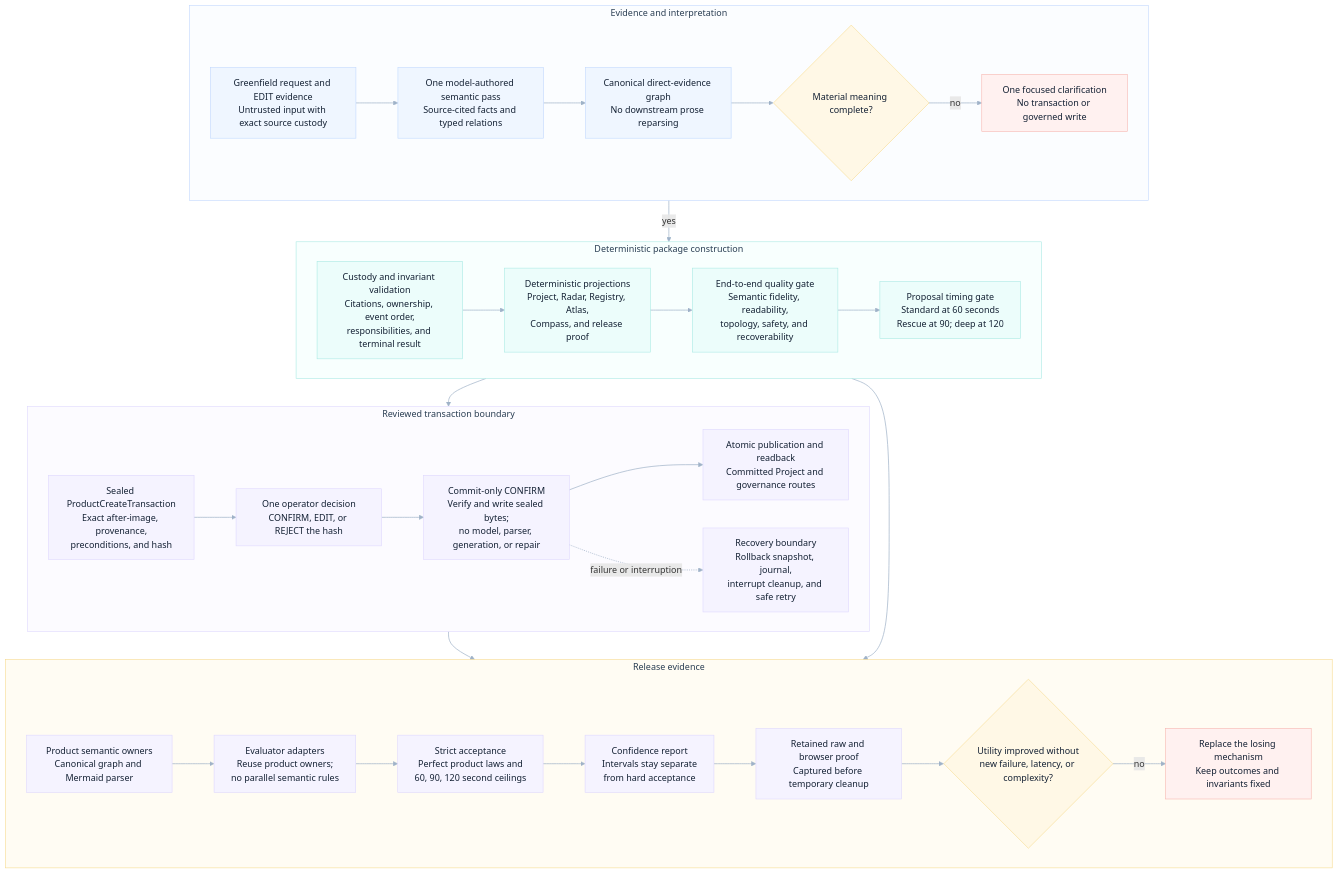
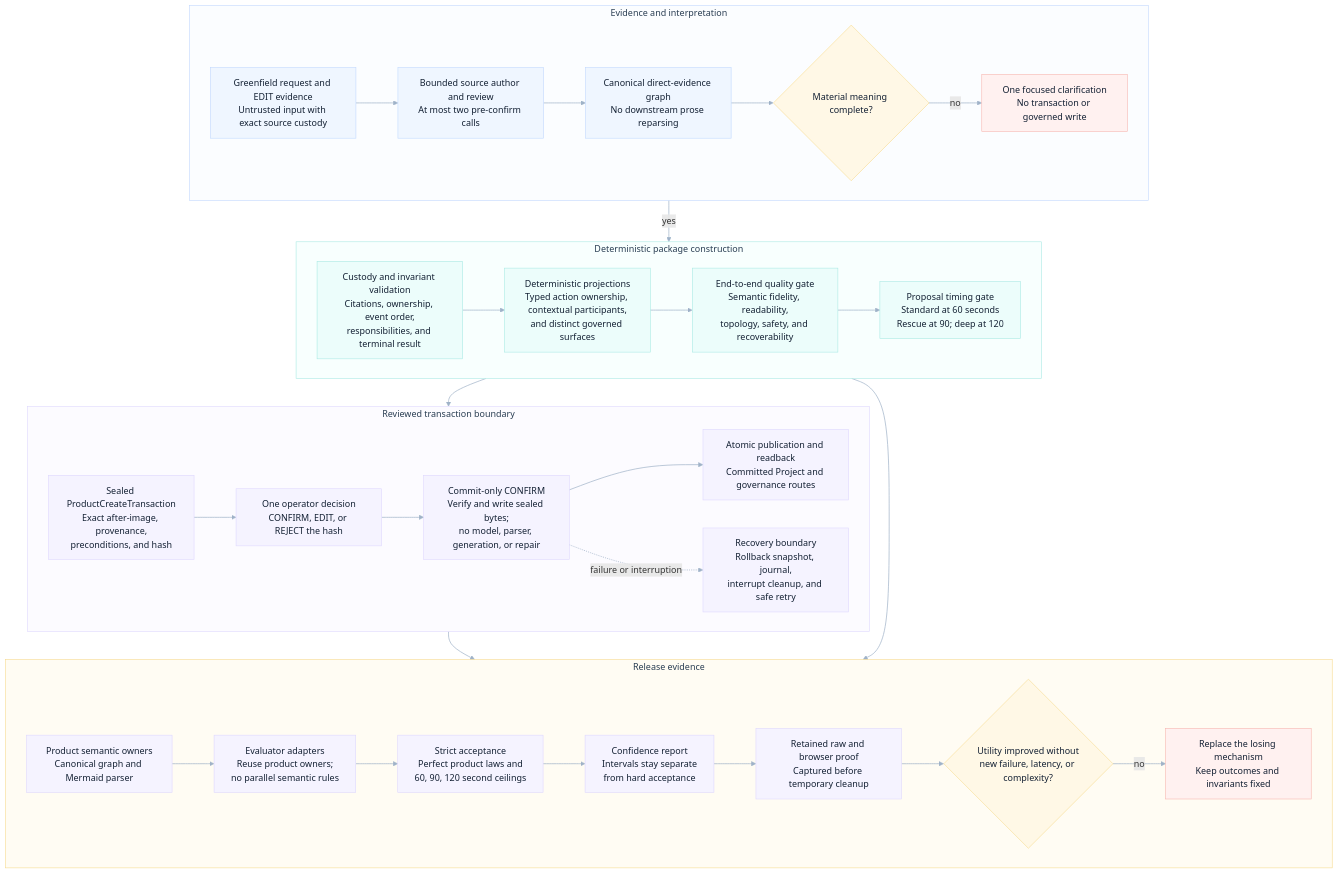
Before and after one commit to odylith/odylith: the diagram in odylith/atlas/source/domain-intelligence-greenfield-governance.mmd, drawn with Mermaid. The commit also changed 67 other files, not shown here.

```diff
--- a/odylith/atlas/source/domain-intelligence-greenfield-governance.mmd
+++ b/odylith/atlas/source/domain-intelligence-greenfield-governance.mmd
@@ -1,66 +1,66 @@
 flowchart TB
     subgraph evidence_lane["Evidence and interpretation"]
       direction LR
       request["Greenfield request and EDIT evidence<br/>Untrusted input with exact source custody"]
-      model_pass["One model-authored semantic pass<br/>Source-cited facts and typed relations"]
+      model_pass["Bounded source author and review<br/>At most two pre-confirm calls"]
       typed_graph["Canonical direct-evidence graph<br/>No downstream prose reparsing"]
       ambiguity{"Material meaning complete?"}
       clarify["One focused clarification<br/>No transaction or governed write"]
       request --> model_pass --> typed_graph --> ambiguity
       ambiguity -- "no" --> clarify
     end
 
     subgraph projection_lane["Deterministic package construction"]
       direction LR
       custody["Custody and invariant validation<br/>Citations, ownership, event order,<br/>responsibilities, and terminal result"]
-      projections["Deterministic projections<br/>Project, Radar, Registry, Atlas,<br/>Compass, and release proof"]
+      projections["Deterministic projections<br/>Typed action ownership, contextual participants,<br/>and distinct governed surfaces"]
       quality["End-to-end quality gate<br/>Semantic fidelity, readability,<br/>topology, safety, and recoverability"]
       timing["Proposal timing gate<br/>Standard at 60 seconds<br/>Rescue at 90; deep at 120"]
       custody --> projections --> quality --> timing
     end
 
     subgraph transaction_lane["Reviewed transaction boundary"]
       direction LR
       sealed["Sealed ProductCreateTransaction<br/>Exact after-image, provenance,<br/>preconditions, and hash"]
       decision["One operator decision<br/>CONFIRM, EDIT, or REJECT the hash"]
       confirm["Commit-only CONFIRM<br/>Verify and write sealed bytes;<br/>no model, parser, generation, or repair"]
       publish["Atomic publication and readback<br/>Committed Project and governance routes"]
       recovery["Recovery boundary<br/>Rollback snapshot, journal,<br/>interrupt cleanup, and safe retry"]
       sealed --> decision --> confirm --> publish
       confirm -. "failure or interruption" .-> recovery
     end
 
     subgraph proof_lane["Release evidence"]
       direction LR
       owners["Product semantic owners<br/>Canonical graph and Mermaid parser"]
       evaluator["Evaluator adapters<br/>Reuse product owners;<br/>no parallel semantic rules"]
       acceptance["Strict acceptance<br/>Perfect product laws and<br/>60, 90, 120 second ceilings"]
       confidence["Confidence report<br/>Intervals stay separate<br/>from hard acceptance"]
       retained["Retained raw and browser proof<br/>Captured before temporary cleanup"]
       drift{"Utility improved without<br/>new failure, latency, or complexity?"}
       replace["Replace the losing mechanism<br/>Keep outcomes and invariants fixed"]
       owners --> evaluator --> acceptance --> confidence --> retained --> drift
       drift -- "no" --> replace
     end
 
     ambiguity -- "yes" --> custody
     timing --> sealed
     quality --> evaluator
     publish --> retained
 
     classDef primary fill:#EFF6FF,stroke:#BFD7FE,color:#132033,stroke-width:1px;
     classDef execution fill:#ECFDFB,stroke:#A7E9E3,color:#132033,stroke-width:1px;
     classDef governance fill:#F5F3FF,stroke:#DDD6FE,color:#132033,stroke-width:1px;
     classDef constraint fill:#FFF8E6,stroke:#F6D98B,color:#132033,stroke-width:1px;
     classDef invalid fill:#FFF1F0,stroke:#F7B4AE,color:#132033,stroke-width:1px;
     class request,model_pass,typed_graph primary;
     class custody,projections,quality,timing execution;
     class sealed,decision,confirm,publish,recovery,owners,evaluator,acceptance,confidence,retained governance;
     class ambiguity,drift constraint;
     class clarify,replace invalid;
 
     style evidence_lane fill:#FBFDFF,stroke:#BFD7FE,stroke-width:1px,color:#293D52
     style projection_lane fill:#F8FFFE,stroke:#A7E9E3,stroke-width:1px,color:#293D52
     style transaction_lane fill:#FCFBFF,stroke:#DDD6FE,stroke-width:1px,color:#293D52
     style proof_lane fill:#FFFCF3,stroke:#F6D98B,stroke-width:1px,color:#293D52
     linkStyle default stroke:#9FB2C8,stroke-width:1.25px
```
